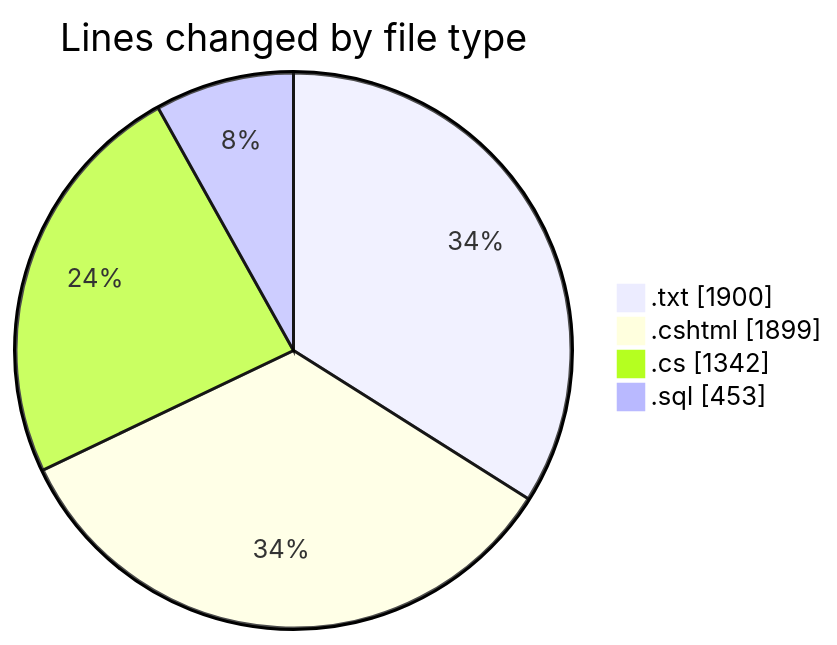
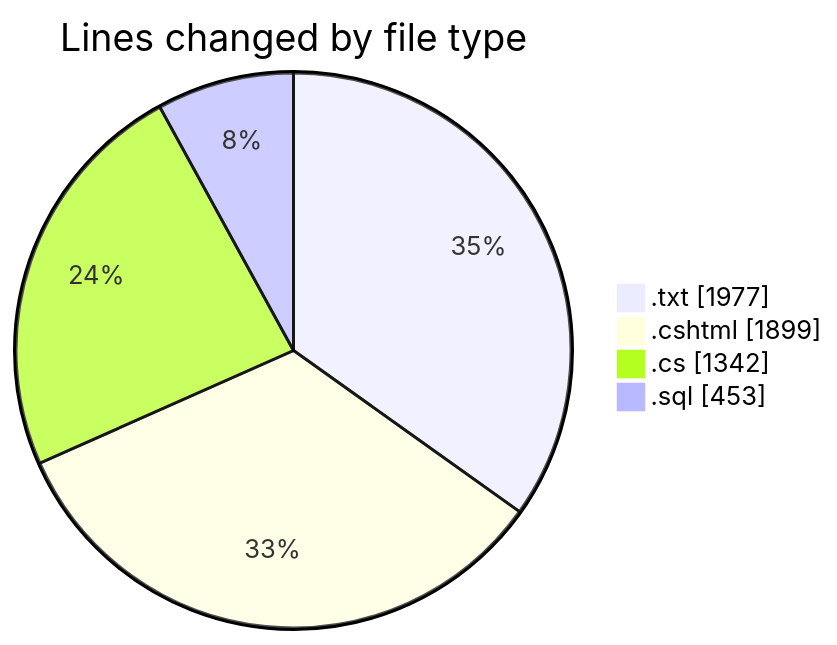
Before and after one commit to lephambinh05/code-tracking: the first of 2 diagrams in 2025-07-25/quanlyrapchieuphim-1/README.md, drawn with Mermaid. The commit also changed other lines of this file and 1 other file, not shown here.

````diff
--- a/2025-07-25/quanlyrapchieuphim-1/README.md
+++ b/2025-07-25/quanlyrapchieuphim-1/README.md
@@ -25,8 +25,8 @@
 ```mermaid
 pie showData
 title Lines changed by file type
-".txt" : 1900
+".txt" : 1977
 ".cshtml" : 1899
 ".cs" : 1342
 ".sql" : 453
 ```
````
